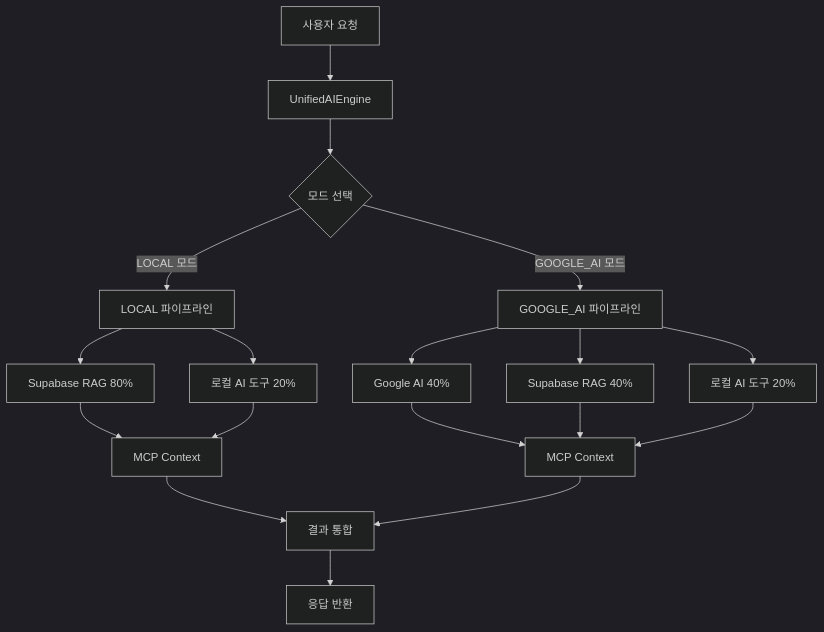
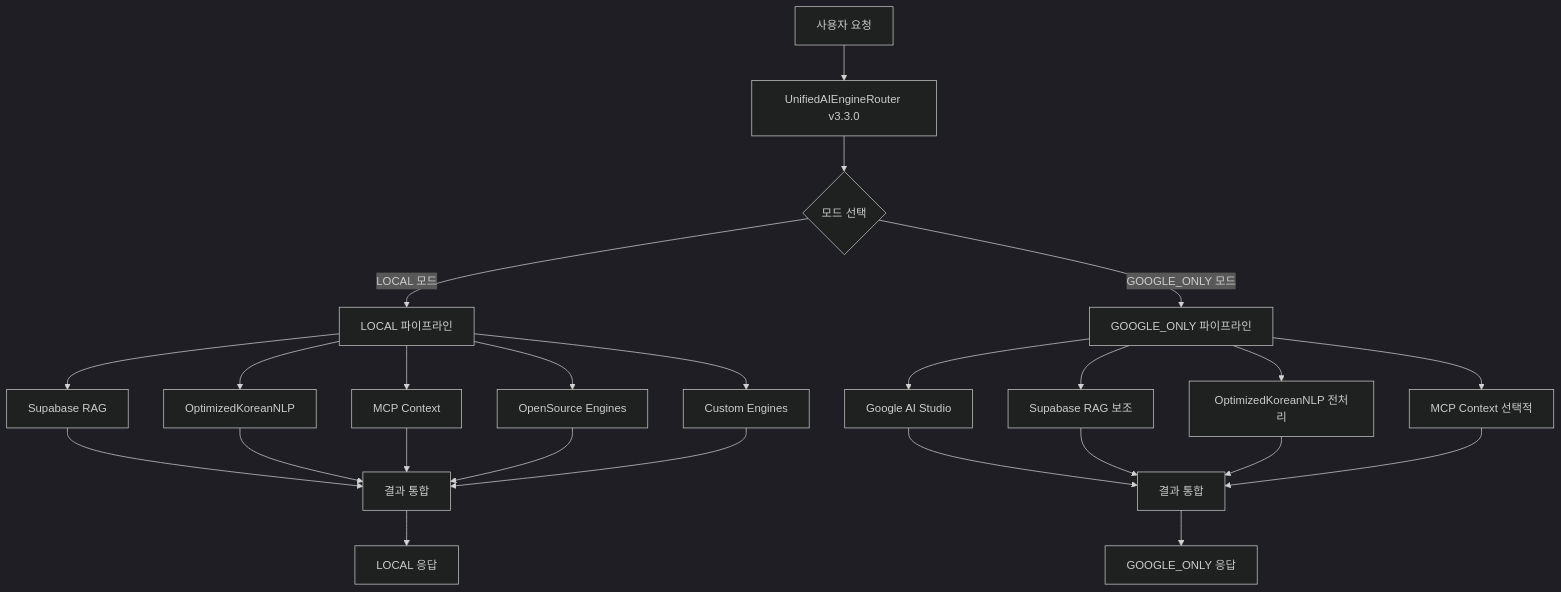
One commit to skyasu2/openmanager-vibe-v5 changed the diagram in docs/ai-system-architecture.md. Above: the diagram before and after it, drawn with Mermaid (dark theme). The commit also changed other lines of this file and 8 other files, not shown here.

````diff
--- a/docs/ai-system-architecture.md
+++ b/docs/ai-system-architecture.md
@@ -63,24 +69,33 @@
 ```mermaid
 graph TD
-    A[사용자 요청] --> B[UnifiedAIEngine]
+    A[사용자 요청] --> B[UnifiedAIEngineRouter v3.3.0]
     B --> C{모드 선택}
 
     C -->|LOCAL 모드| D[LOCAL 파이프라인]
-    C -->|GOOGLE_AI 모드| E[GOOGLE_AI 파이프라인]
+    C -->|GOOGLE_ONLY 모드| E[GOOGLE_ONLY 파이프라인]
 
-    D --> F[Supabase RAG 80%]
-    D --> G[로컬 AI 도구 20%]
-    F --> H[MCP Context]
-    G --> H
+    D --> F[Supabase RAG]
+    D --> G[OptimizedKoreanNLP]
+    D --> H[MCP Context]
+    D --> I[OpenSource Engines]
+    D --> J[Custom Engines]
 
-    E --> I[Google AI 40%]
-    E --> J[Supabase RAG 40%]
-    E --> K[로컬 AI 도구 20%]
-    I --> L[MCP Context]
-    J --> L
-    K --> L
+    E --> K[Google AI Studio]
+    E --> L[Supabase RAG 보조]
+    E --> M[OptimizedKoreanNLP 전처리]
+    E --> N[MCP Context 선택적]
 
-    H --> M[결과 통합]
-    L --> M
-    M --> N[응답 반환]
+    F --> O[결과 통합]
+    G --> O
+    H --> O
+    I --> O
+    J --> O
+
+    K --> P[결과 통합]
+    L --> P
+    M --> P
+    N --> P
+
+    O --> Q[LOCAL 응답]
+    P --> R[GOOGLE_ONLY 응답]
 ```
````
